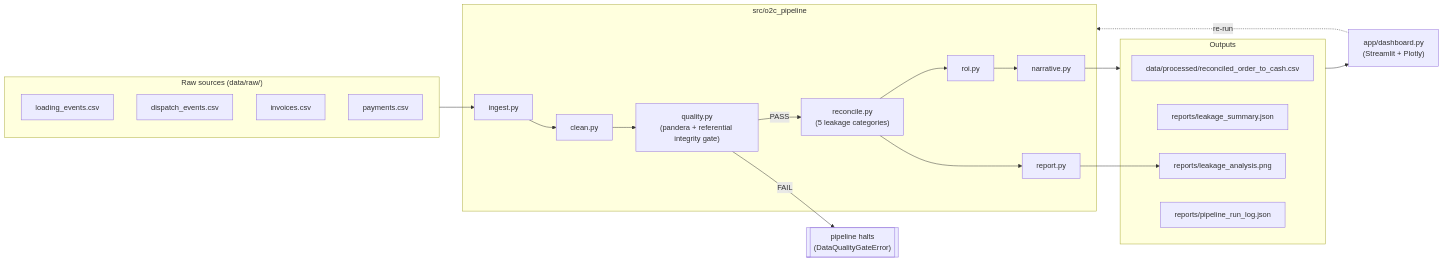
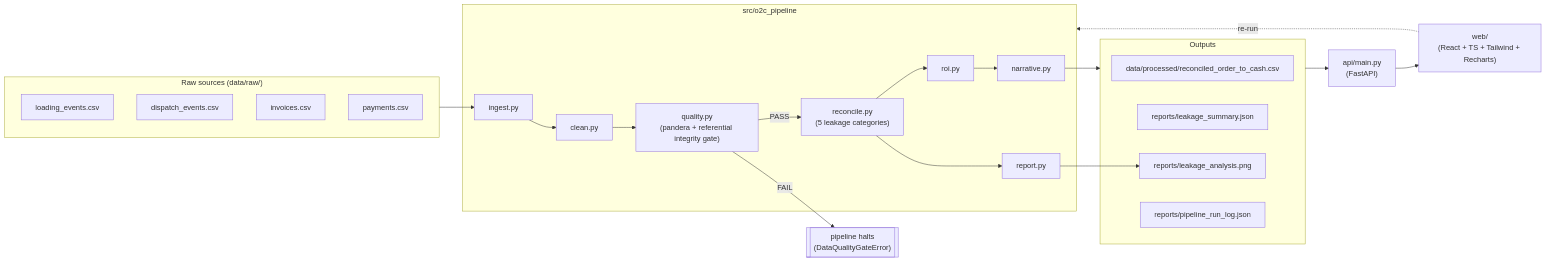
One commit to lameckirungu/plp_data changed the diagram in hackathon/README.md. Above: the diagram before and after it, drawn with Mermaid. The commit also changed other lines of this file, not shown here.

First line of the commit message:
docs(hackathon): update README for the React/FastAPI stack

````diff
--- a/hackathon/README.md
+++ b/hackathon/README.md
@@ -15,35 +15,36 @@
 ```mermaid
 flowchart LR
     subgraph Sources["Raw sources (data/raw/)"]
         L[loading_events.csv]
         D[dispatch_events.csv]
         I[invoices.csv]
         P[payments.csv]
     end
 
     subgraph Pipeline["src/o2c_pipeline"]
         ingest[ingest.py]
         clean[clean.py]
         quality["quality.py\n(pandera + referential integrity gate)"]
         reconcile["reconcile.py\n(5 leakage categories)"]
         roi[roi.py]
         narrative[narrative.py]
         report[report.py]
     end
 
     subgraph Outputs["Outputs"]
         csv[data/processed/reconciled_order_to_cash.csv]
         json[reports/leakage_summary.json]
         png[reports/leakage_analysis.png]
         log[reports/pipeline_run_log.json]
     end
 
     Sources --> ingest --> clean --> quality
     quality -- PASS --> reconcile
     quality -- FAIL --> halt[["pipeline halts\n(DataQualityGateError)"]]
     reconcile --> roi --> narrative --> Outputs
     reconcile --> report --> png
 
-    Outputs --> dashboard["app/dashboard.py\n(Streamlit + Plotly)"]
-    dashboard -.re-run.-> Pipeline
+    Outputs --> api["api/main.py\n(FastAPI)"]
+    api --> web["web/\n(React + TS + Tailwind + Recharts)"]
+    web -.re-run.-> Pipeline
 ```
````
